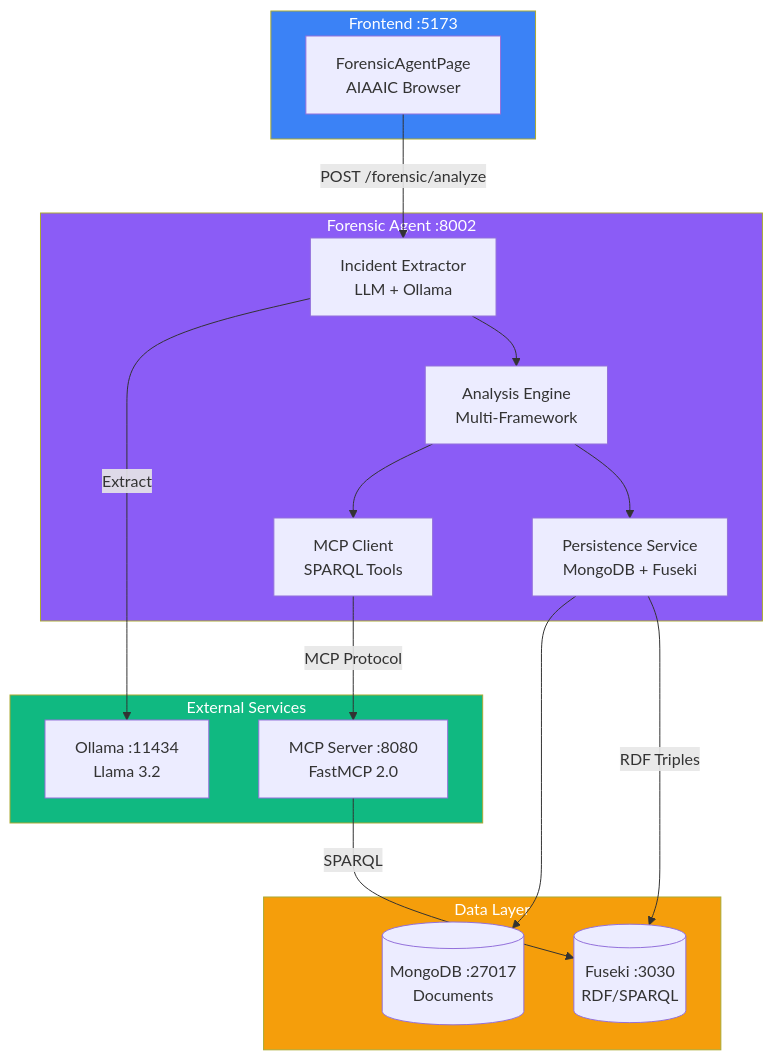
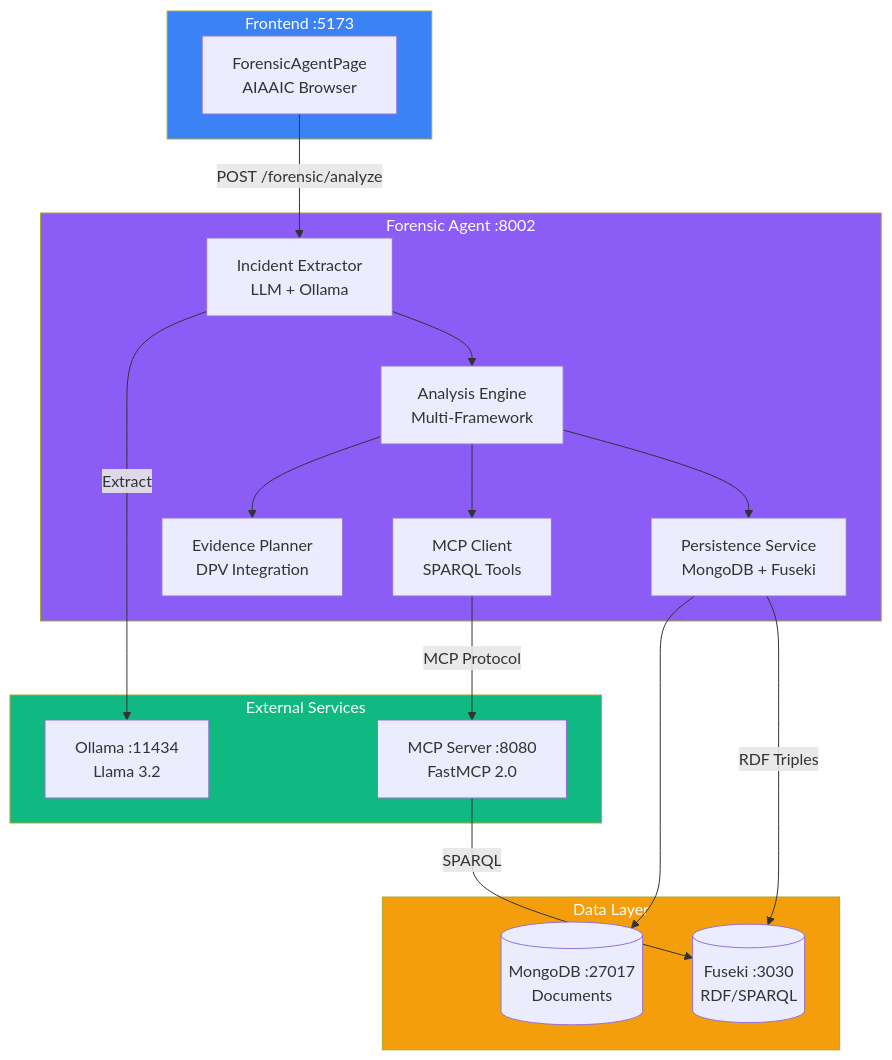
Before and after one commit to cartesiosson/ai_act_project: the first of 5 diagrams in forensic_agent/README.md, drawn with Mermaid. The commit also changed other lines of this file and 5 other files, not shown here.

````diff
--- a/forensic_agent/README.md
+++ b/forensic_agent/README.md
@@ -49,38 +59,40 @@
 ```mermaid
 flowchart TB
     subgraph Frontend["Frontend :5173"]
         FA[ForensicAgentPage<br/>AIAAIC Browser]
     end
 
     subgraph Agent["Forensic Agent :8002"]
         IE[Incident Extractor<br/>LLM + Ollama]
         AE[Analysis Engine<br/>Multi-Framework]
+        EP[Evidence Planner<br/>DPV Integration]
         MC[MCP Client<br/>SPARQL Tools]
         PS[Persistence Service<br/>MongoDB + Fuseki]
     end
 
     subgraph Data["Data Layer"]
         MG[(MongoDB :27017<br/>Documents)]
         FK[(Fuseki :3030<br/>RDF/SPARQL)]
     end
 
     subgraph Services["External Services"]
         OL[Ollama :11434<br/>Llama 3.2]
         MCP[MCP Server :8080<br/>FastMCP 2.0]
     end
 
     FA -->|POST /forensic/analyze| IE
     IE -->|Extract| OL
     IE --> AE
+    AE --> EP
     AE --> MC
     MC -->|MCP Protocol| MCP
     MCP -->|SPARQL| FK
     AE --> PS
     PS --> MG
     PS -->|RDF Triples| FK
 
     style Frontend fill:#3b82f6,color:#fff
     style Agent fill:#8b5cf6,color:#fff
     style Data fill:#f59e0b,color:#fff
     style Services fill:#10b981,color:#fff
 ```
````
